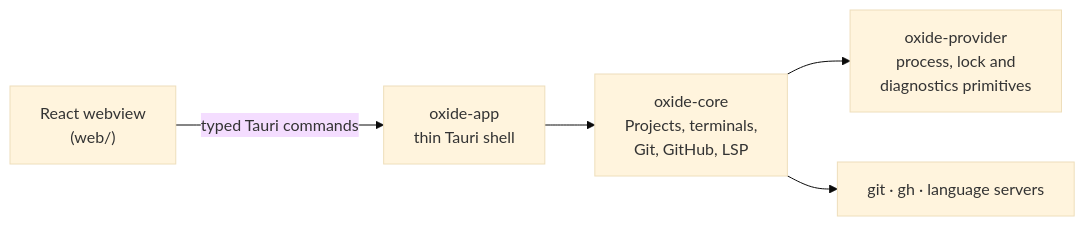
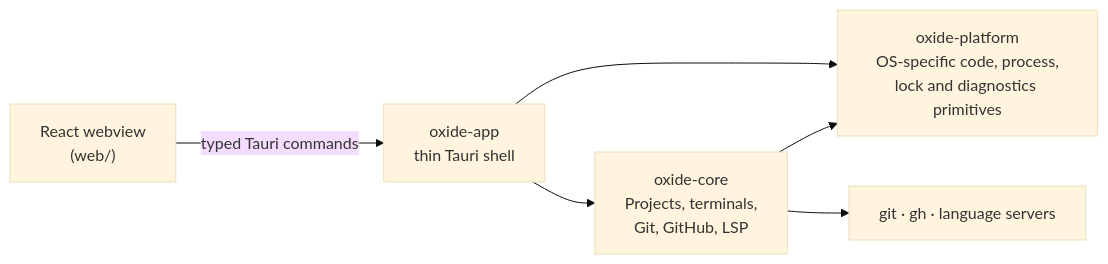
The diagram in README.md (getoxide/oxide), drawn with Mermaid (base theme) before and after one commit. The commit also changed other lines of this file and 468 other files, not shown here.

````diff
--- a/README.md
+++ b/README.md
@@ -132,7 +128,8 @@
 ```mermaid
 flowchart LR
   UI["React webview<br/>(web/)"] -- "typed Tauri commands" --> App["oxide-app<br/>thin Tauri shell"]
   App --> Core["oxide-core<br/>Projects, terminals,<br/>Git, GitHub, LSP"]
-  Core --> Prims["oxide-provider<br/>process, lock and<br/>diagnostics primitives"]
+  App --> Platform["oxide-platform<br/>OS-specific code, process,<br/>lock and diagnostics primitives"]
+  Core --> Platform
   Core --> Tools["git · gh · language servers"]
 ```
````
